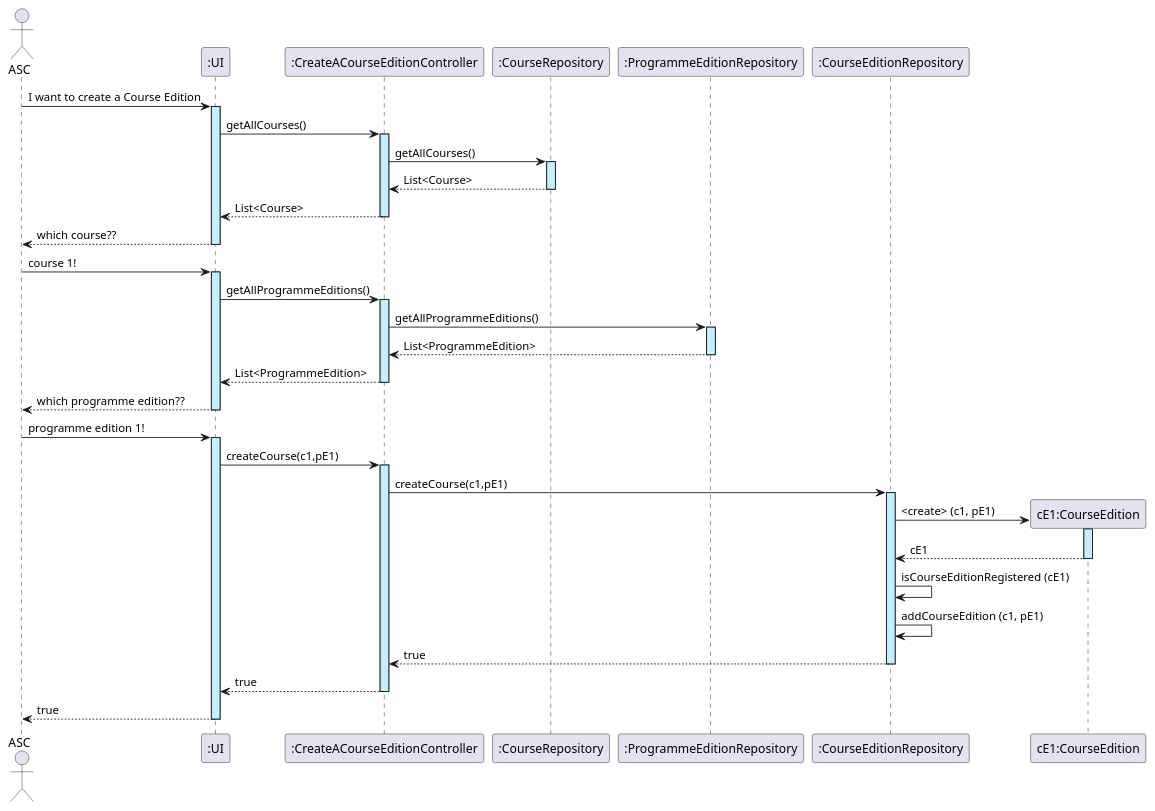
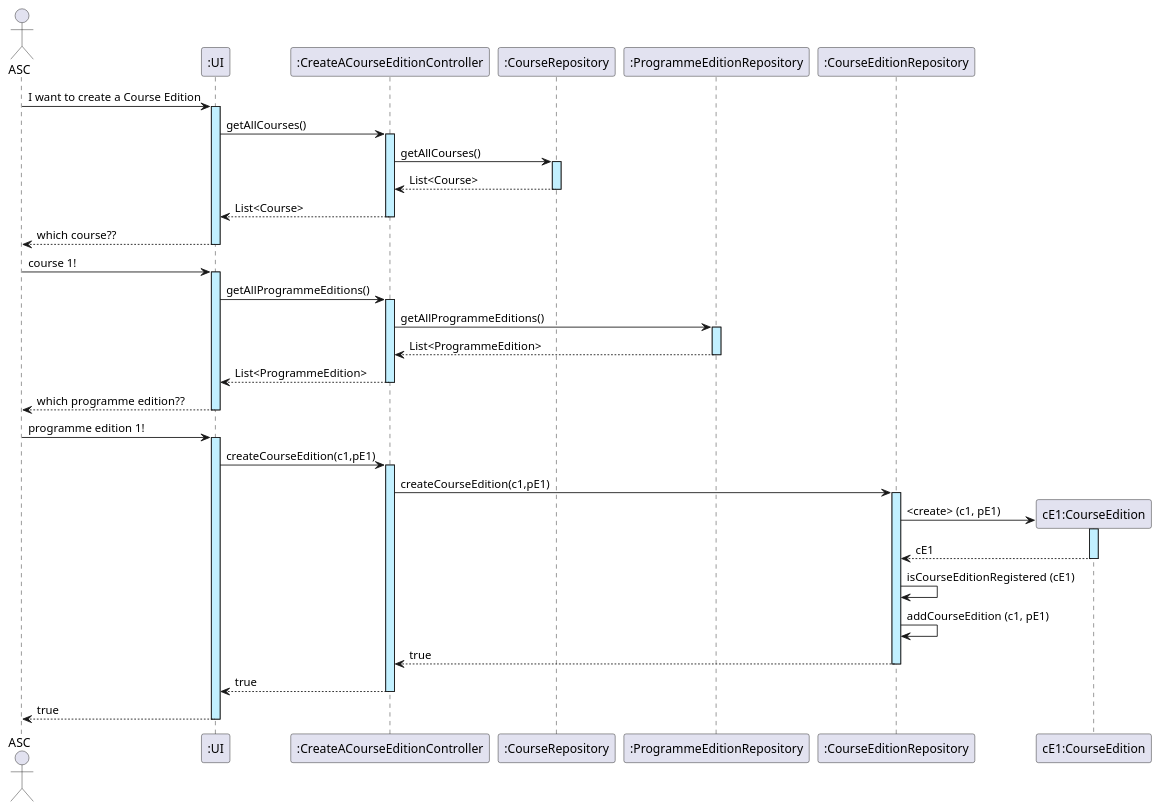
Before and after one commit to GasparISEP/DevOps-PAI: the diagram in docs/sequenceSystemDiagrams/Sprint_2/US19_CreateACourseEdition.puml, drawn with PlantUML.

Commit message:
updated SD_US19

```diff
--- a/docs/sequenceSystemDiagrams/Sprint_2/US19_CreateACourseEdition.puml
+++ b/docs/sequenceSystemDiagrams/Sprint_2/US19_CreateACourseEdition.puml
@@ -1,38 +1,38 @@
 @startuml
 actor ASC
 participant ":UI" as UI
 participant ":CreateACourseEditionController" as CT
 participant ":CourseRepository" as CR
 participant ":ProgrammeEditionRepository" as PER
 participant ":CourseEditionRepository" as CER
 
 ASC -> UI ++ #application : I want to create a Course Edition
 UI -> CT ++ #application: getAllCourses()
 CT -> CR ++ #application: getAllCourses()
 CR --> CT -- : List<Course>
 CT --> UI -- : List<Course>
 UI --> ASC -- : which course??
 
 ASC -> UI ++ #application : course 1!
 UI -> CT ++ #application: getAllProgrammeEditions()
 CT -> PER ++ #application: getAllProgrammeEditions()
 PER --> CT -- : List<ProgrammeEdition>
 CT --> UI -- : List<ProgrammeEdition>
 UI --> ASC -- : which programme edition??
 
 ASC -> UI ++ #application : programme edition 1!
-UI -> CT ++ #application : createCourse(c1,pE1)
-CT -> CER ++ #application : createCourse(c1,pE1)
+UI -> CT ++ #application : createCourseEdition(c1,pE1)
+CT -> CER ++ #application : createCourseEdition(c1,pE1)
 
 
 create "cE1:CourseEdition" as CE
 CER -> CE ++ #application : <create> (c1, pE1)
 CE --> CER -- : cE1
 CER -> CER : isCourseEditionRegistered (cE1)
 CER -> CER : addCourseEdition (c1, pE1)
 
 CER --> CT --: true
 CT --> UI --: true
 UI --> ASC --: true
 
 @enduml
```
